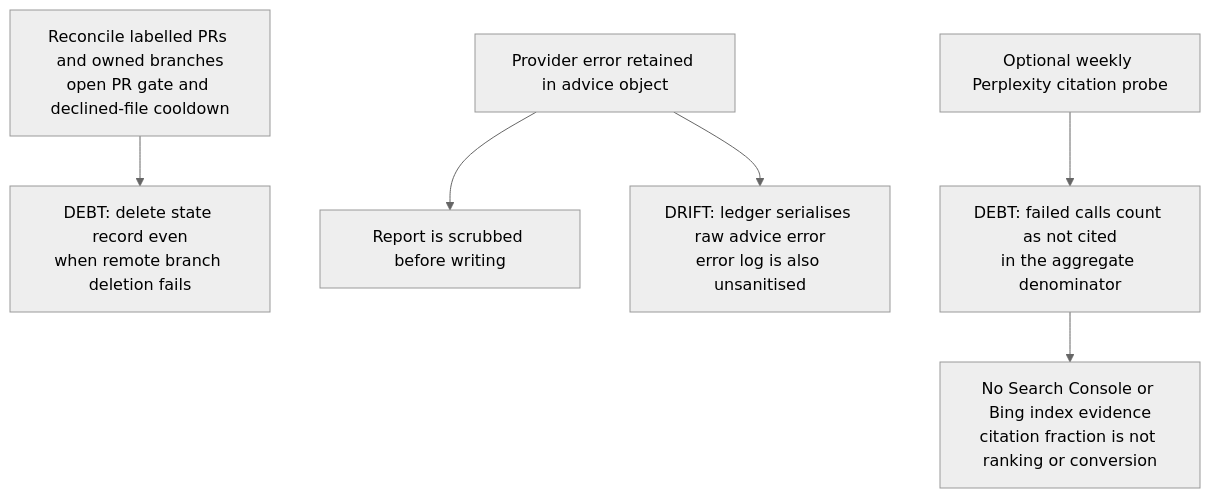
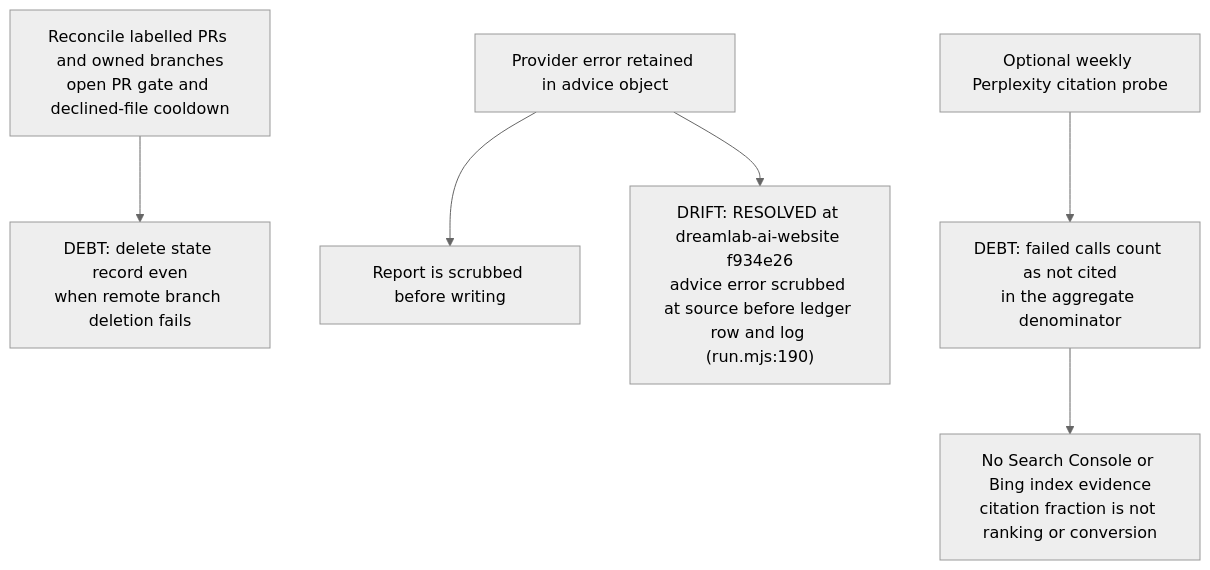
Before and after one commit to DreamLab-AI/VisionFlow: the sixth of 6 diagrams in docs/diagrams/dreamlab-ai-website/08-nightly-seo-watch.md, drawn with Mermaid (neutral theme). The commit also changed other lines of this file and 59 other files, not shown here.

First line of the commit message:
docs(diagrams): re-derive and re-stamp forum, website, pod, ontomark and sealmap topics

````diff
--- a/docs/diagrams/dreamlab-ai-website/08-nightly-seo-watch.md
+++ b/docs/diagrams/dreamlab-ai-website/08-nightly-seo-watch.md
@@ -152,19 +152,19 @@
 ```mermaid
 flowchart TB
-    %% Source: ../dreamlab-ai-website/scripts/seo-watch/lib/propose.mjs:237
+    %% Source: ../dreamlab-ai-website/scripts/seo-watch/lib/propose.mjs:251
     A["Reconcile labelled PRs and owned branches<br/>open PR gate and declined-file cooldown"]
-    %% Source: ../dreamlab-ai-website/scripts/seo-watch/lib/propose.mjs:267
+    %% Source: ../dreamlab-ai-website/scripts/seo-watch/lib/propose.mjs:281
     A --> B["DEBT: delete state record even<br/>when remote branch deletion fails"]
-    %% Source: ../dreamlab-ai-website/scripts/seo-watch/run.mjs:190
+    %% Source: ../dreamlab-ai-website/scripts/seo-watch/run.mjs:191
     C["Provider error retained in advice object"]
-    %% Source: ../dreamlab-ai-website/scripts/seo-watch/run.mjs:241
+    %% Source: ../dreamlab-ai-website/scripts/seo-watch/run.mjs:242
     C --> D["Report is scrubbed before writing"]
-    %% Source: ../dreamlab-ai-website/scripts/seo-watch/run.mjs:253
-    C --> E["DRIFT: ledger serialises raw advice error<br/>error log is also unsanitised"]
+    %% Source: ../dreamlab-ai-website/scripts/seo-watch/run.mjs:254
+    C --> E["DRIFT: RESOLVED at dreamlab-ai-website f934e26<br/>advice error scrubbed at source before ledger row and log (run.mjs:190)"]
     %% Source: ../dreamlab-ai-website/scripts/seo-watch/lib/presence.mjs:6
     F["Optional weekly Perplexity citation probe"]
     %% Source: ../dreamlab-ai-website/scripts/seo-watch/lib/presence.mjs:29
     F --> G["DEBT: failed calls count as not cited<br/>in the aggregate denominator"]
-    %% Source: ../dreamlab-ai-website/docs/adr/ADR-2010-seo-watch-nightly.md:99
+    %% Source: ../dreamlab-ai-website/docs/adr/ADR-2010-seo-watch-nightly.md:123
     G --> H["No Search Console or Bing index evidence<br/>citation fraction is not ranking or conversion"]
 ```
````
